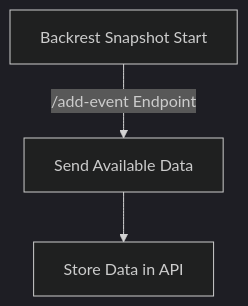
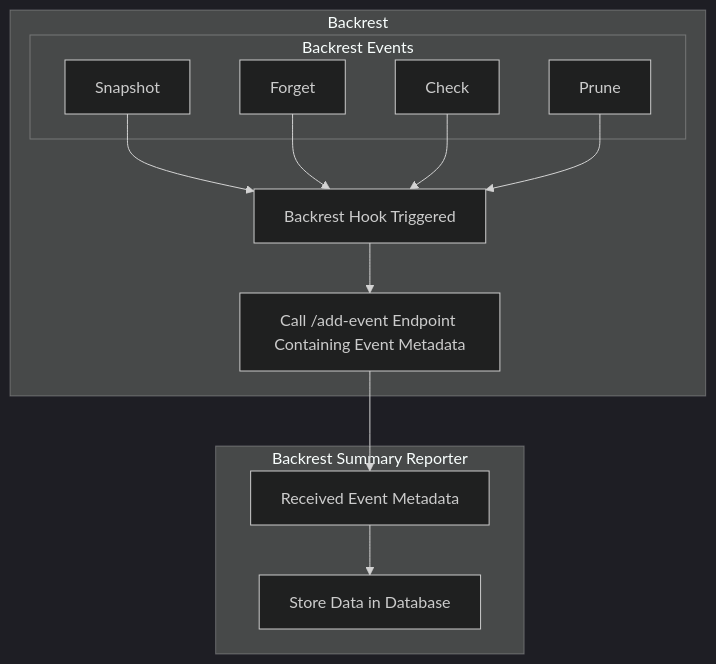
One commit to estes-sj/Backrest-Summary-Reporter changed the first of 3 diagrams in README.md. Above: the diagram before and after it, drawn with Mermaid (dark theme). The commit also changed other lines of this file and 4 other files, not shown here.

Commit message:
Unify report generation timestamp format, improve diagrams for main functions in README, and add note about rclone mounts in README

````diff
--- a/README.md
+++ b/README.md
@@ -25,6 +25,28 @@
 ```mermaid
 flowchart TD
-    A["Backrest Snapshot Start"]
-    A -->|"/add-event Endpoint"| B["Send Available Data"]
-    B --> C["Store Data in API"]
+    subgraph Backrest
+        subgraph Backrest Events
+            A1["Snapshot"]
+            A2["Forget"]
+            A3["Check"]
+            A4["Prune"]
+        end
+
+        B["Backrest Hook Triggered"]
+        C["Call /add-event Endpoint Containing Event Metadata"]
+    end
+
+    subgraph Backrest Summary Reporter
+        D["Received Event Metadata"]
+        E["Store Data in Database"]
+    end
+
+    A1 --> B
+    A2 --> B
+    A3 --> B
+    A4 --> B
+
+    B --> C
+    C --> D
+    D --> E
 ```
````
